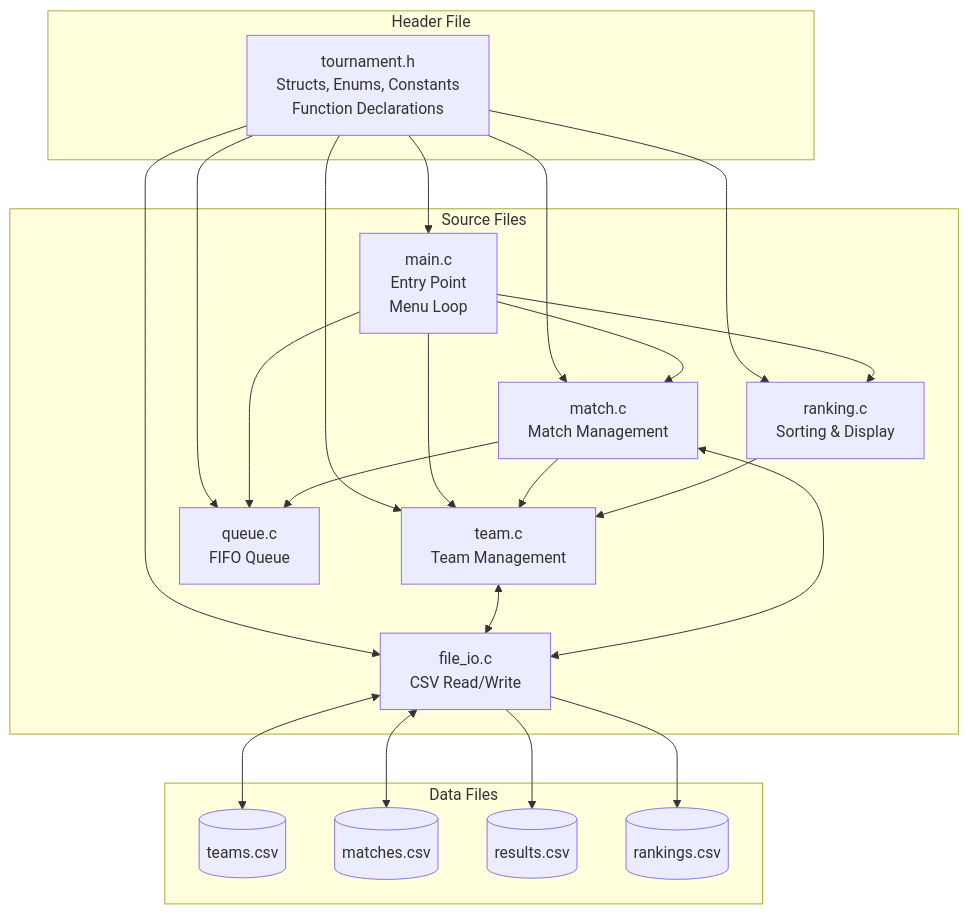
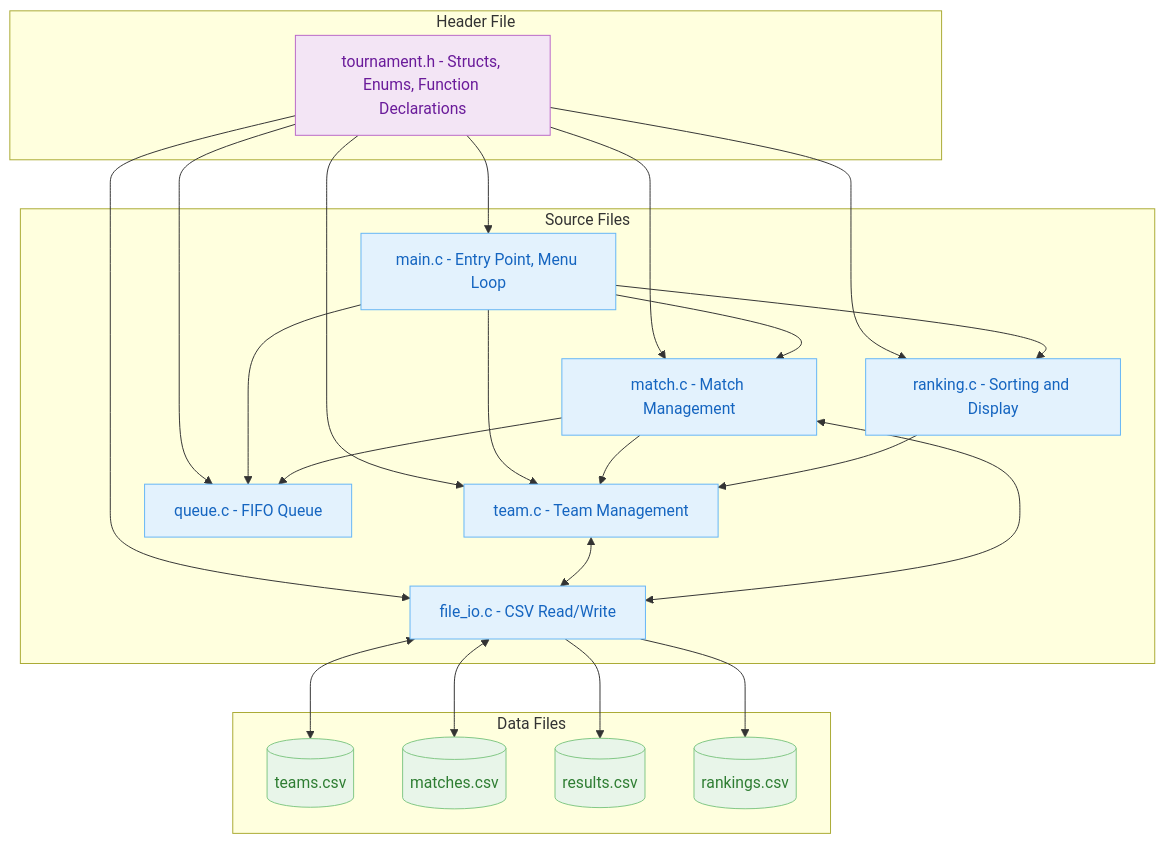
The second of 2 diagrams in TECHNICAL_REPORT.md (khanhthanhdev/CompSys), drawn with Mermaid before and after one commit. The commit also changed other lines of this file and 8 other files, not shown here.

````diff
--- a/TECHNICAL_REPORT.md
+++ b/TECHNICAL_REPORT.md
@@ -106,45 +113,49 @@
 ```mermaid
 flowchart TB
+    classDef header fill:#f3e5f5,stroke:#ba68c8,color:#6a1b9a
+    classDef source fill:#e3f2fd,stroke:#64b5f6,color:#1565c0
+    classDef data fill:#e8f5e9,stroke:#81c784,color:#2e7d32
+
     subgraph Header["Header File"]
-        H[tournament.h<br/>Structs, Enums, Constants<br/>Function Declarations]
+        H[tournament.h - Structs, Enums, Function Declarations]:::header
     end
     
     subgraph Source["Source Files"]
-        MAIN[main.c<br/>Entry Point<br/>Menu Loop]
-        TEAM[team.c<br/>Team Management]
-        MATCH[match.c<br/>Match Management]
-        QUEUE[queue.c<br/>FIFO Queue]
-        RANK[ranking.c<br/>Sorting & Display]
-        FILEIO[file_io.c<br/>CSV Read/Write]
+        MAIN[main.c - Entry Point, Menu Loop]:::source
+        TEAM[team.c - Team Management]:::source
+        MATCH[match.c - Match Management]:::source
+        QUEUE[queue.c - FIFO Queue]:::source
+        RANK[ranking.c - Sorting and Display]:::source
+        FILEIO[file_io.c - CSV Read/Write]:::source
     end
     
     subgraph Data["Data Files"]
-        TC[(teams.csv)]
-        MC[(matches.csv)]
-        RC[(results.csv)]
-        KC[(rankings.csv)]
+        TC[(teams.csv)]:::data
+        MC[(matches.csv)]:::data
+        RC[(results.csv)]:::data
+        KC[(rankings.csv)]:::data
     end
     
     H --> MAIN
     H --> TEAM
     H --> MATCH
     H --> QUEUE
     H --> RANK
     H --> FILEIO
     
     MAIN --> TEAM
     MAIN --> MATCH
     MAIN --> QUEUE
     MAIN --> RANK
     
     TEAM <--> FILEIO
     MATCH <--> FILEIO
     MATCH --> QUEUE
     MATCH --> TEAM
     RANK --> TEAM
     
     FILEIO <--> TC
     FILEIO <--> MC
     FILEIO --> RC
     FILEIO --> KC
 ```
````
